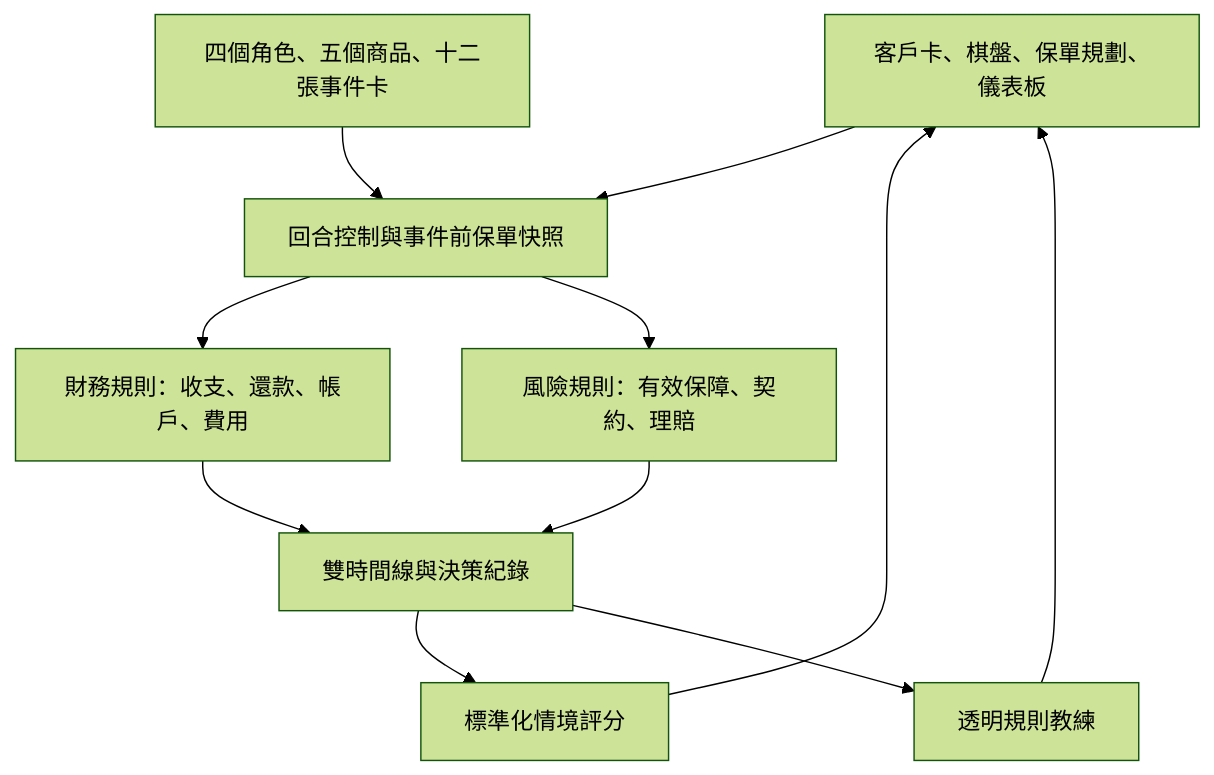
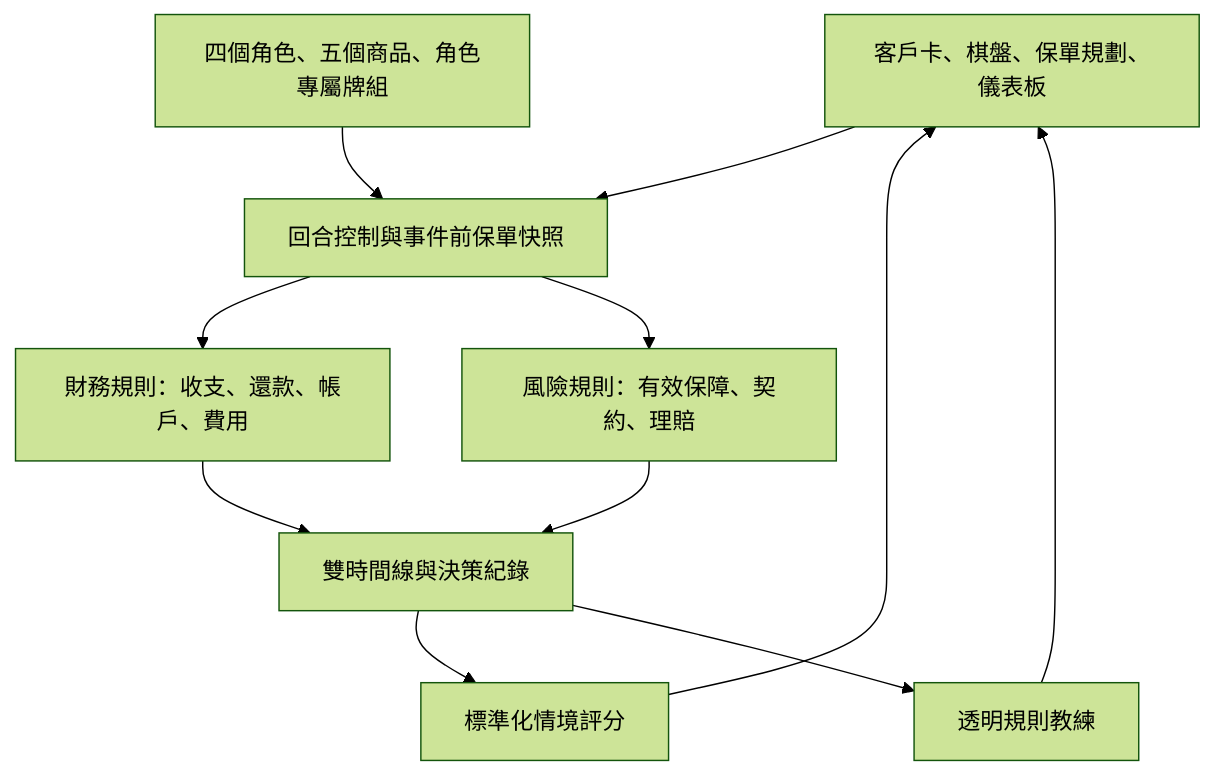
The diagram in docs/mvp-design.md (Huety1214/baoyike), drawn with Mermaid (forest theme) before and after one commit. The commit also changed other lines of this file and 6 other files, not shown here.

````diff
--- a/docs/mvp-design.md
+++ b/docs/mvp-design.md
@@ -7,13 +7,13 @@
 ```mermaid
 flowchart TD
   UI[客戶卡、棋盤、保單規劃、儀表板] --> Control[回合控制與事件前保單快照]
-  Data[四個角色、五個商品、十二張事件卡] --> Control
+  Data[四個角色、五個商品、角色專屬牌組] --> Control
   Control --> Finance[財務規則：收支、還款、帳戶、費用]
   Control --> Risk[風險規則：有效保障、契約、理賠]
   Finance --> Log[雙時間線與決策紀錄]
   Risk --> Log
   Log --> Score[標準化情境評分]
   Log --> Coach[透明規則教練]
   Score --> UI
   Coach --> UI
 ```
````
